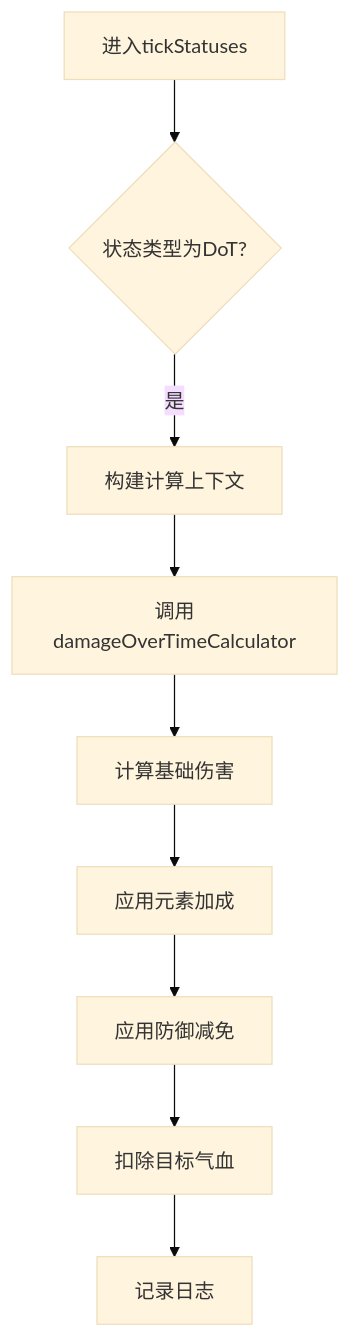
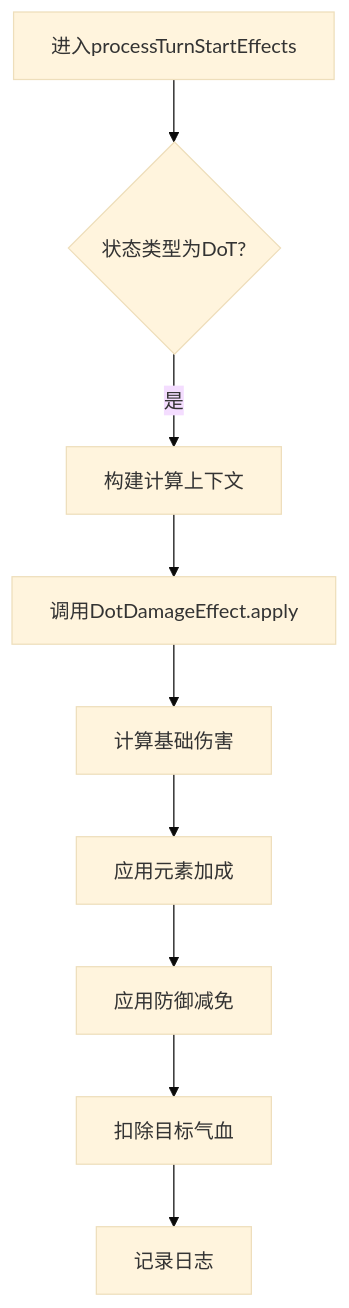
The third of 5 diagrams in .qoder/repowiki/zh/content/核心功能模块/战斗系统/战斗流程/回合执行/状态效果系统.md (ChurchTao/Daoyou), drawn with Mermaid (base theme) before and after one commit. The commit also changed other lines of this file and 41 other files, not shown here.

````diff
--- a/.qoder/repowiki/zh/content/核心功能模块/战斗系统/战斗流程/回合执行/状态效果系统.md
+++ b/.qoder/repowiki/zh/content/核心功能模块/战斗系统/战斗流程/回合执行/状态效果系统.md
@@ -170,11 +180,11 @@
 ```mermaid
 flowchart TD
-A[进入tickStatuses] --> B{状态类型为DoT?}
+A[进入processTurnStartEffects] --> B{状态类型为DoT?}
 B --> |是| C[构建计算上下文]
-C --> D[调用damageOverTimeCalculator]
+C --> D[调用DotDamageEffect.apply]
 D --> E[计算基础伤害]
 E --> F[应用元素加成]
 F --> G[应用防御减免]
 G --> H[扣除目标气血]
 H --> I[记录日志]
 ```
````
